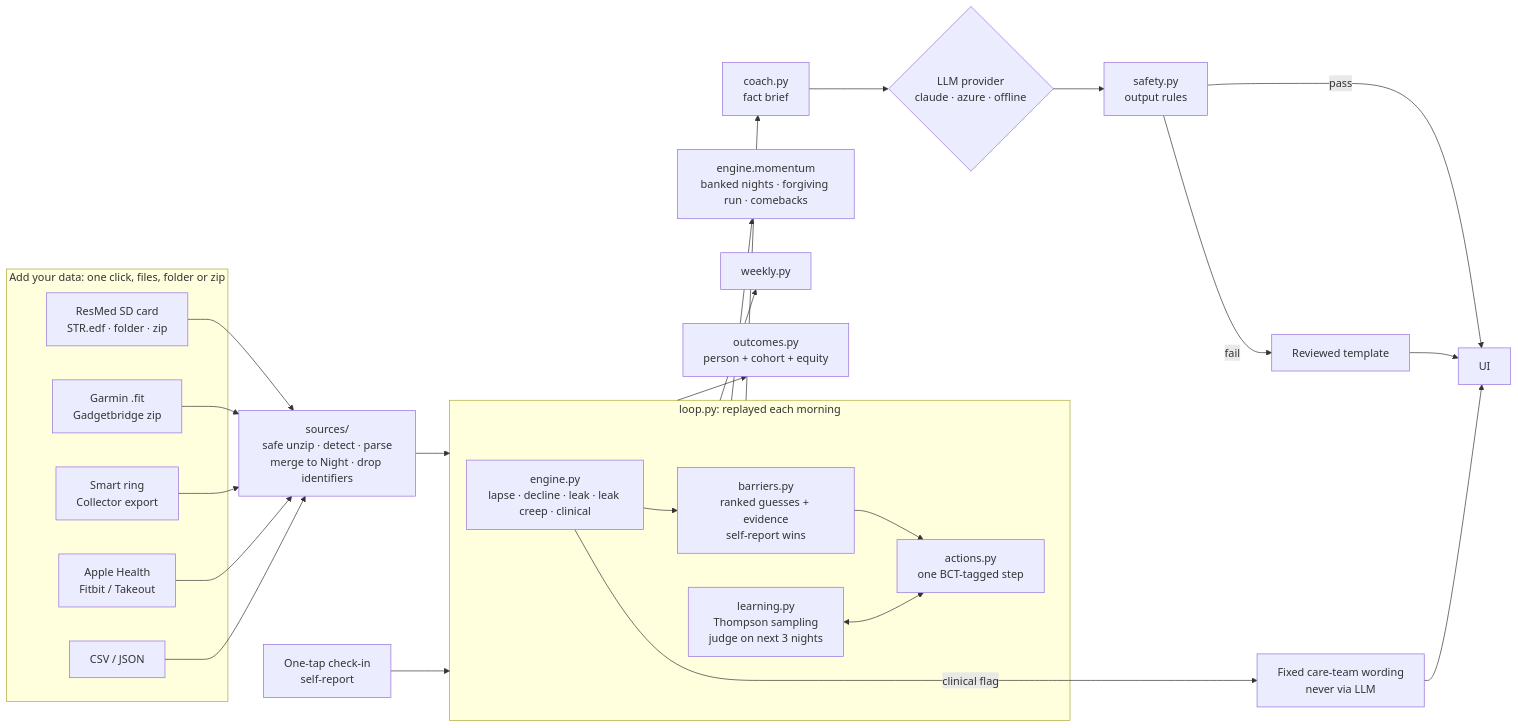
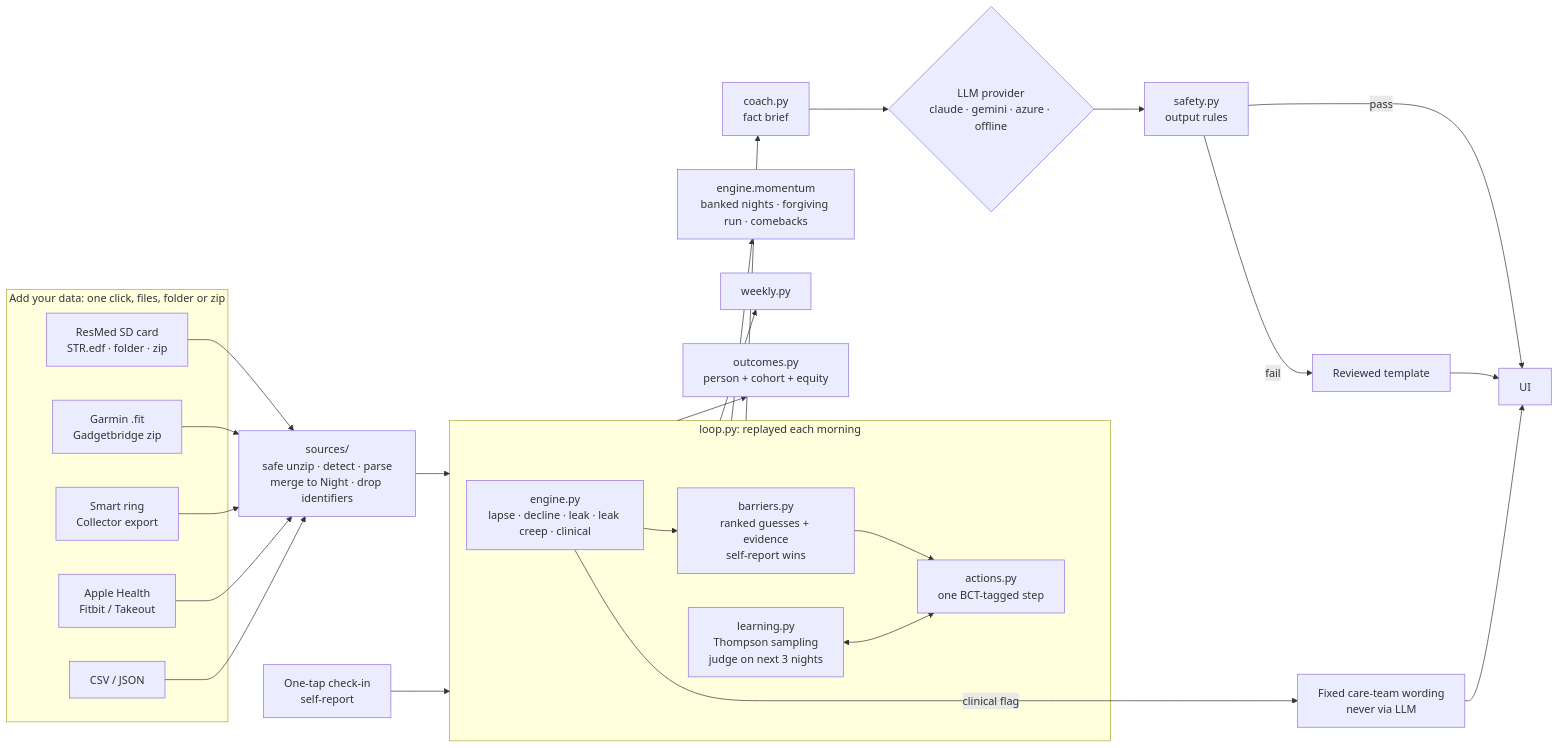
Before and after one commit to rahulrao85/nafas: the diagram in docs/ARCHITECTURE.md, drawn with Mermaid. The commit also changed other lines of this file and 8 other files, not shown here.

````diff
--- a/docs/ARCHITECTURE.md
+++ b/docs/ARCHITECTURE.md
@@ -7,31 +7,31 @@
 ```mermaid
 flowchart LR
   subgraph Sources[Add your data: one click, files, folder or zip]
     A[ResMed SD card<br/>STR.edf · folder · zip]
     G1[Garmin .fit<br/>Gadgetbridge zip]
     R1[Smart ring<br/>Collector export]
     AP[Apple Health<br/>Fitbit / Takeout]
     B[CSV / JSON]
   end
   D[One-tap check-in<br/>self-report]
   A & G1 & R1 & AP & B --> I[sources/<br/>safe unzip · detect · parse<br/>merge to Night · drop identifiers]
   I --> L
   D --> L
   subgraph L[loop.py: replayed each morning]
     E[engine.py<br/>lapse · decline · leak · leak creep · clinical]
     F[barriers.py<br/>ranked guesses + evidence<br/>self-report wins]
     G[actions.py<br/>one BCT-tagged step]
     H[learning.py<br/>Thompson sampling<br/>judge on next 3 nights]
     E --> F --> G
     H <--> G
   end
   L --> M[engine.momentum<br/>banked nights · forgiving run · comebacks]
   L --> W[weekly.py]
   L --> O[outcomes.py<br/>person + cohort + equity]
   L --> K[coach.py<br/>fact brief]
-  K --> P{LLM provider<br/>claude · azure · offline}
+  K --> P{LLM provider<br/>claude · gemini · azure · offline}
   P --> S[safety.py<br/>output rules]
   S -- pass --> U[UI]
   S -- fail --> T[Reviewed template] --> U
   E -- clinical flag --> X[Fixed care-team wording<br/>never via LLM] --> U
 ```
````
